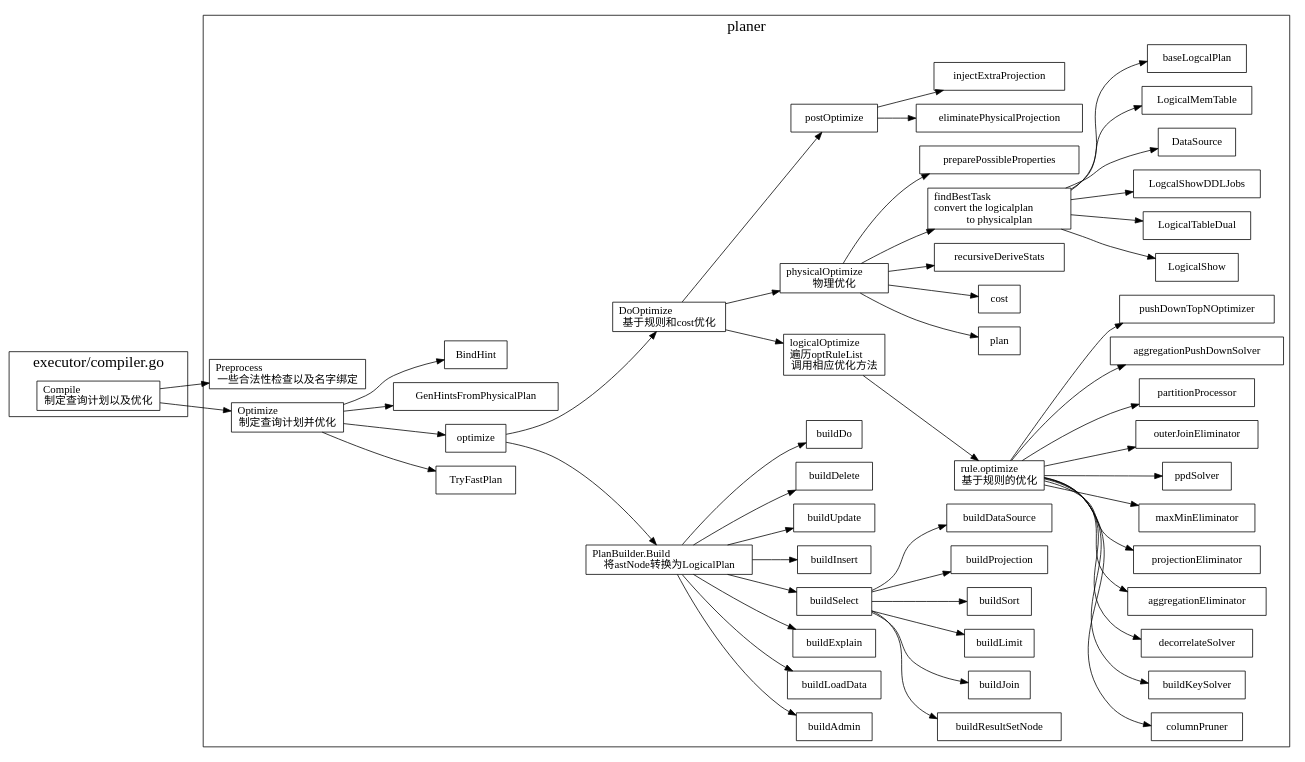
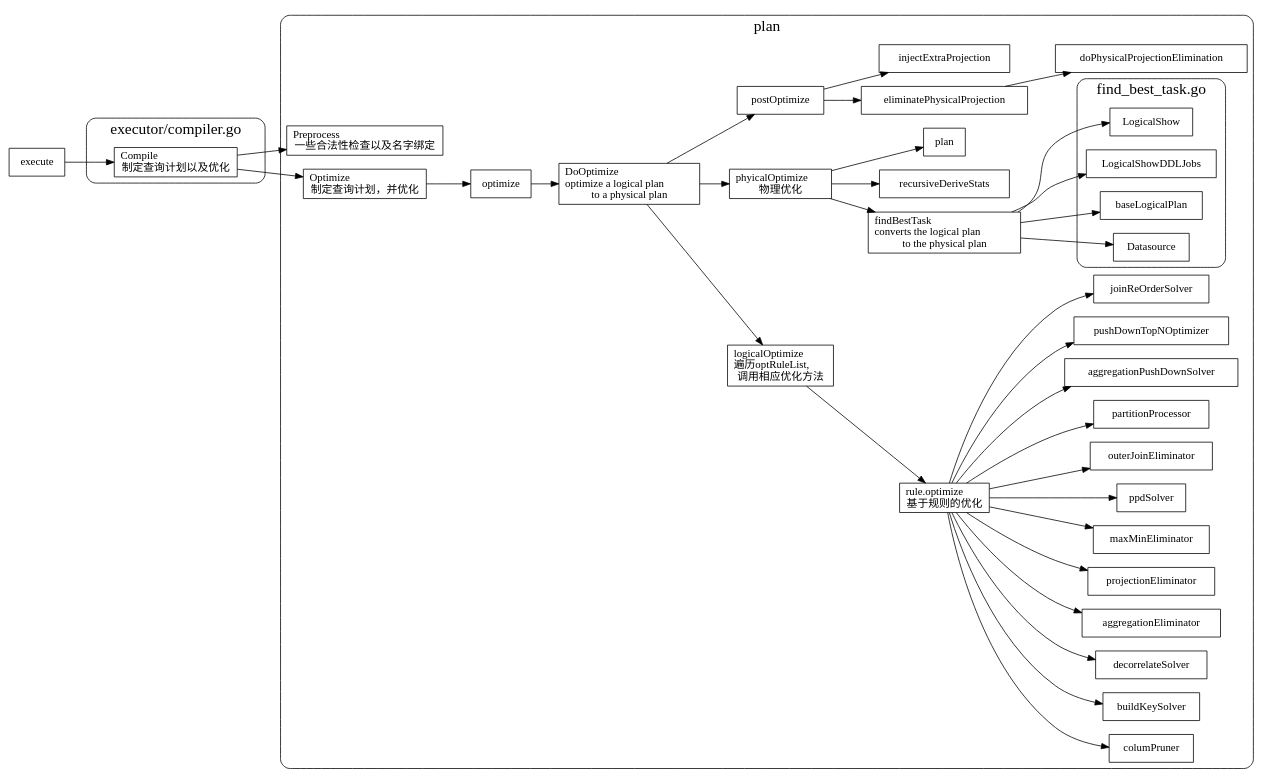
One commit to xieyu/blog changed the diagram in src/tidb/sql-plan.dot. Above: the diagram before and after it, drawn with Graphviz. The commit also changed 89 other files, not shown here.

```diff
--- a/src/tidb/sql-plan.dot
+++ b/src/tidb/sql-plan.dot
@@ -1,100 +1,77 @@
 digraph sql_plan {
-  node[shape=box];
+  node[shape=box;];
   newrank=true;
   rankdir=LR;
 
-  subgraph cluster_executor {
-    graph[label="executor/compiler.go";fontsize=20;];
+  execute -> {
+    Compile;
+  }
+
+  Compile -> {Preprocess, Optimize};
+  subgraph cluster_compiler {
+    graph[label="executor/compiler.go";fontsize=20;style=rounded]
     Compile[label="Compile\l制定查询计划以及优化"];
   }
   subgraph cluster_plan {
-    graph[label="planer";fontsize=20;];
-
+    graph[label="plan";fontsize=20;style=rounded]
     Preprocess[label="Preprocess\l一些合法性检查以及名字绑定"];
-    Optimize[label="Optimize\l制定查询计划并优化"];
-    PlanBuilder_Build[label="PlanBuilder.Build\l将astNode转换为LogicalPlan"]
-    Optimize -> {
-      TryFastPlan;
-      optimize;
-      GenHintsFromPhysicalPlan;
-      BindHint;
-    };
-    DoOptimize[label="DoOptimize\l基于规则和cost优化"];
-    optimize -> DoOptimize;
-    optimize -> PlanBuilder_Build;
-    PlanBuilder_Build-> {
-      buildAdmin;
-      buildLoadData;
-      buildExplain;
-      buildSelect;
-      buildInsert;
-      buildUpdate;
-      buildDelete;
-      buildDo;
+    Optimize[label="Optimize\l制定查询计划，并优化"];
+    DoOptimize[label="DoOptimize\loptimize a logical plan \lto a physical plan"]
+    Optimize -> optimize -> DoOptimize;
+    logicalOptimize[label="logicalOptimize\l遍历optRuleList, \l调用相应优化方法"]
+    phyicalOptimize[label="phyicalOptimize\l物理优化"]
+    DoOptimize -> {
+      logicalOptimize;
+      phyicalOptimize;
+      postOptimize;
     };
 
-    buildSelect -> {
-      buildResultSetNode;
-      buildJoin;
-      buildLimit;
-      buildSort;
-      buildProjection;
-      buildDataSource;
-    };
+      // 基于规则的优化
+      rule_optimize[label="rule.optimize\l基于规则的优化"];
+      logicalOptimize -> rule_optimize;
+      rule_optimize -> {
+        columPruner;
+        buildKeySolver;
+        decorrelateSolver;
+        aggregationEliminator;
+        projectionEliminator;
+        maxMinEliminator;
+        ppdSolver;
+        outerJoinEliminator;
+        partitionProcessor;
+        aggregationPushDownSolver;
+        pushDownTopNOptimizer;
+        joinReOrderSolver;
+      };
 
-    DoOptimize -> {
-      logicalOptimize;
-      physicalOptimize;
-      postOptimize;
-    };
-    physicalOptimize[label="physicalOptimize\l物理优化"];
-    logicalOptimize[label="logicalOptimize\l遍历optRuleList\l调用相应优化方法"];
-    rule_optimize[label="rule.optimize\l基于规则的优化"];
+      findBestTask[label="findBestTask\lconverts the logical plan \lto the physical plan"];
 
-    logicalOptimize->rule_optimize;
-    rule_optimize -> {
-      columnPruner;
-      buildKeySolver;
-      decorrelateSolver;
-      aggregationEliminator;
-      projectionEliminator;
-      maxMinEliminator;
-      ppdSolver;
-      outerJoinEliminator;
-      partitionProcessor;
-      aggregationPushDownSolver;
-      pushDownTopNOptimizer;
-    };
-    task_plan[label="plan"];
-    task_cost[label="cost"];
+      phyicalOptimize -> {
+        recursiveDeriveStats;
+        findBestTask;
+        plan;
+      };
 
-    physicalOptimize -> {
-      recursiveDeriveStats;
-      findBestTask;
-      preparePossibleProperties;
-      task_plan;
-      task_cost;
-    };
-    findBestTask[label="findBestTask\lconvert the logicalplan \lto physicalplan"];
+      postOptimize -> {
+        eliminatePhysicalProjection;
+        injectExtraProjection;
+      };
+      eliminatePhysicalProjection -> doPhysicalProjectionElimination;
 
-    findBestTask -> {
-      LogicalShow;
-      LogicalTableDual;
-      LogcalShowDDLJobs;
-      DataSource;
-      LogicalMemTable;
-      baseLogcalPlan;
-    };
+      subgraph cluster_find_best_task {
+        graph[label="find_best_task.go";fontsize=20;style=rounded]
+        LogicalShow;
+        LogicalShowDDLJobs;
+        baseLogicalPlan;
+        Datasource;
+      }
 
-    postOptimize -> {
-      eliminatePhysicalProjection;
-      injectExtraProjection;
-    };
-  }
-
-  Compile -> {
-    Preprocess;
-    Optimize;
+      findBestTask -> {
+        LogicalShow;
+        LogicalShowDDLJobs;
+        baseLogicalPlan;
+        Datasource;
+      };
   }
 
 }
```
